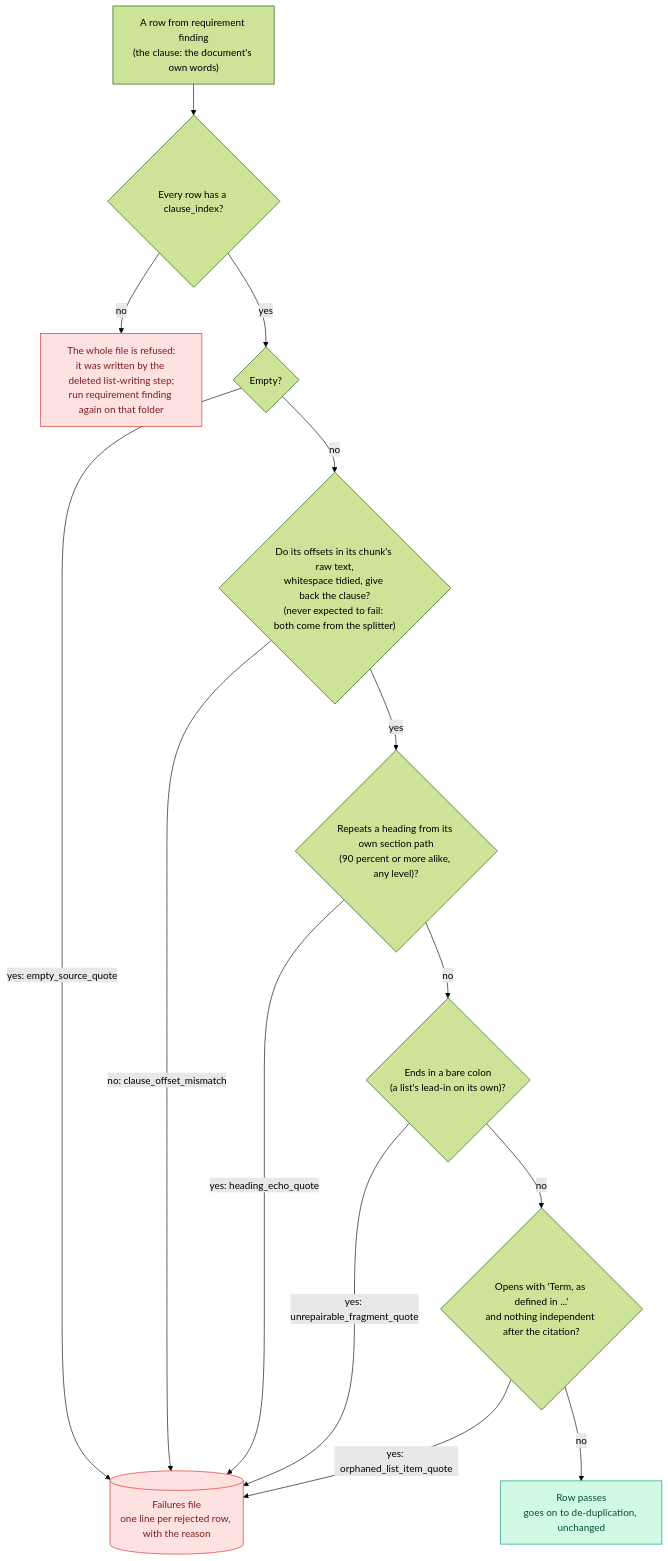
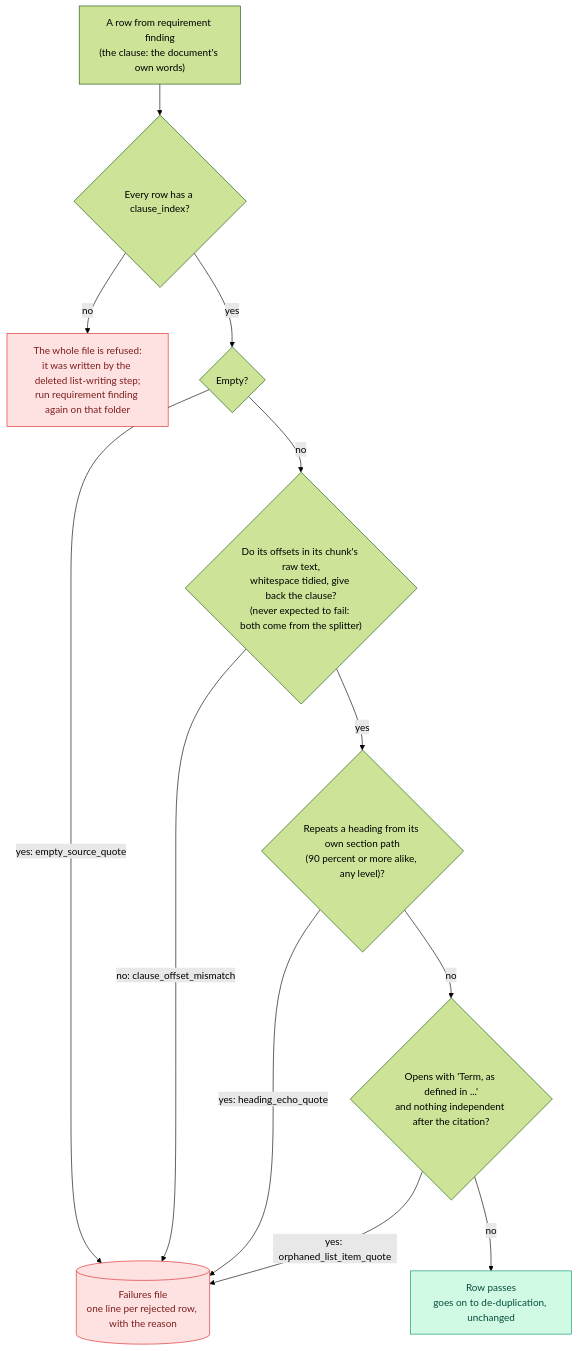
Before and after one commit to TylerGRClark/ReqBot: the diagram in docs/diagrams/03_screening_today.md, drawn with Mermaid (forest theme). The commit also changed 5 other files, not shown here.

First line of the commit message:
fix(pipeline): keep colon lead-in rows; cut a new sentence after a tier tag (#367)

````diff
--- a/docs/diagrams/03_screening_today.md
+++ b/docs/diagrams/03_screening_today.md
@@ -5,27 +5,25 @@
 ```mermaid
 flowchart TD
     Q["A row from requirement finding<br/>(the clause: the document's own words)"]
     OLD{"Every row has a clause_index?"}
     STOP["The whole file is refused:<br/>it was written by the deleted list-writing step;<br/>run requirement finding again on that folder"]
     FAIL[("Failures file<br/>one line per rejected row, with the reason")]
     PASS["Row passes<br/>goes on to de-duplication, unchanged"]
 
     Q --> OLD
     OLD -->|no| STOP
     OLD -->|yes| C1{"Empty?"}
     C1 -->|"yes: empty_source_quote"| FAIL
     C1 -->|no| C2{"Do its offsets in its chunk's raw text,<br/>whitespace tidied, give back the clause?<br/>(never expected to fail: both come from the splitter)"}
     C2 -->|"no: clause_offset_mismatch"| FAIL
     C2 -->|yes| C5{"Repeats a heading from its own section path<br/>(90 percent or more alike, any level)?"}
     C5 -->|"yes: heading_echo_quote"| FAIL
-    C5 -->|no| C6{"Ends in a bare colon<br/>(a list's lead-in on its own)?"}
-    C6 -->|"yes: unrepairable_fragment_quote"| FAIL
-    C6 -->|no| C7{"Opens with 'Term, as defined in ...'<br/>and nothing independent after the citation?"}
+    C5 -->|no| C7{"Opens with 'Term, as defined in ...'<br/>and nothing independent after the citation?"}
     C7 -->|"yes: orphaned_list_item_quote"| FAIL
     C7 -->|no| PASS
 
     classDef fail fill:#fee2e2,stroke:#dc2626,color:#7f1d1d;
     classDef ok fill:#d1fae5,stroke:#059669,color:#064e3b;
     class FAIL,STOP fail;
     class PASS ok;
 ```
````
